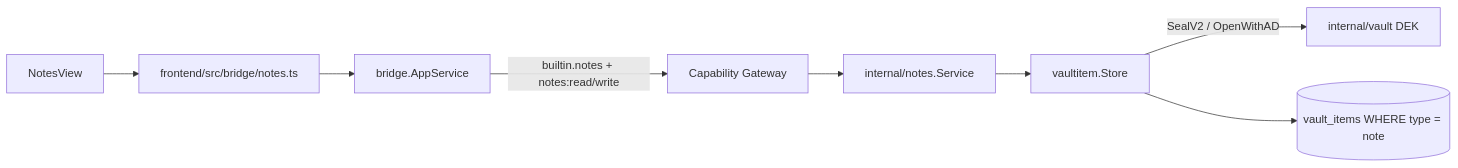
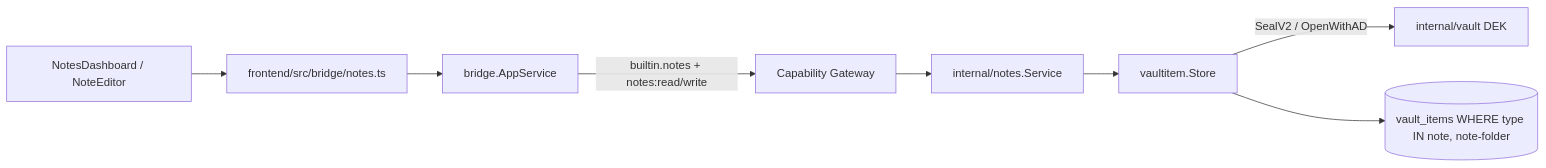
One commit to syurodev/base changed the diagram in content/projects/dev-kit/notes.mdx. Above: the diagram before and after it, drawn with Mermaid. The commit also changed other lines of this file and 5 other files, not shown here.

First line of the commit message:
docs(notes): update for folders, tags, per-note color, and Plate editor

````diff
--- a/content/projects/dev-kit/notes.mdx
+++ b/content/projects/dev-kit/notes.mdx
@@ -15,10 +15,10 @@
 ```mermaid
 flowchart LR
-  UI[NotesView] --> BR[frontend/src/bridge/notes.ts]
+  UI[NotesDashboard / NoteEditor] --> BR[frontend/src/bridge/notes.ts]
   BR --> AS[bridge.AppService]
   AS -->|builtin.notes + notes:read/write| GW[Capability Gateway]
   GW --> SVC[internal/notes.Service]
   SVC --> STORE[vaultitem.Store]
   STORE -->|SealV2 / OpenWithAD| VAULT[internal/vault DEK]
-  STORE --> DB[(vault_items WHERE type = note)]
+  STORE --> DB[(vault_items WHERE type IN note, note-folder)]
 ```
````
